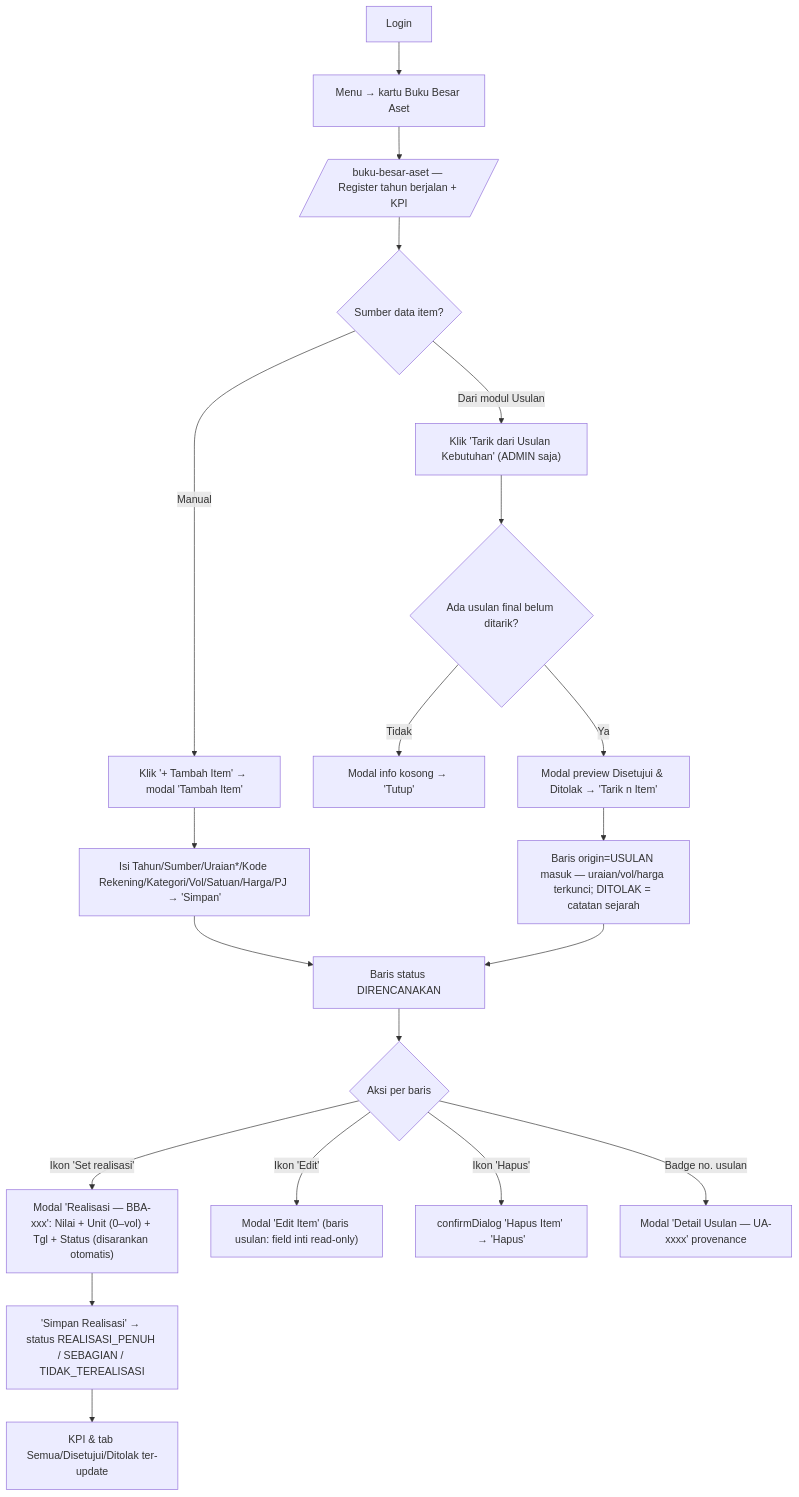
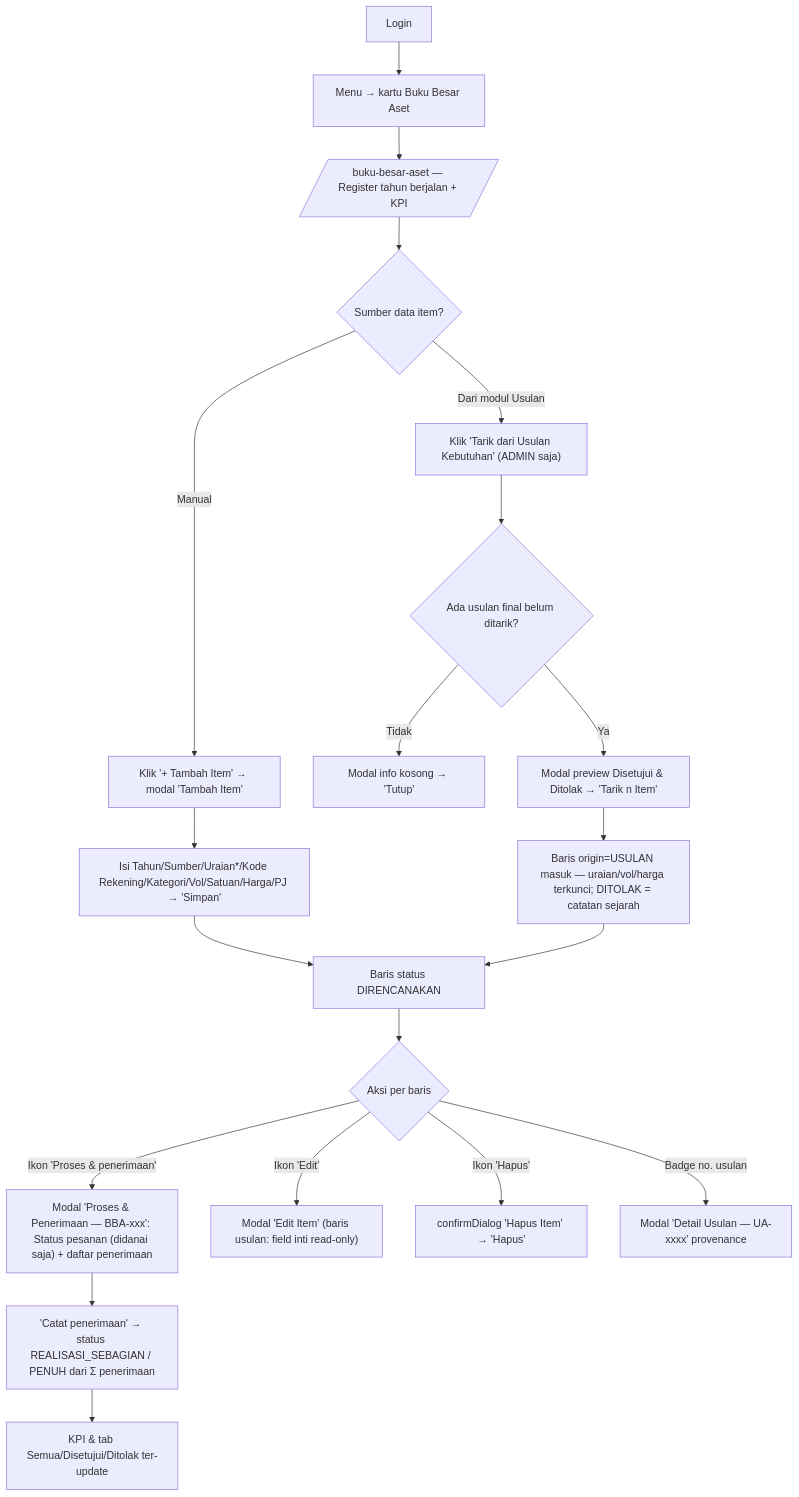
The diagram in docs/session/sentinel/workflows/WORKFLOW-buku-besar-aset.md (aminomonev-ux/prima-web-3), drawn with Mermaid before and after one commit. The commit also changed other lines of this file and 41 other files, not shown here.

````diff
--- a/docs/session/sentinel/workflows/WORKFLOW-buku-besar-aset.md
+++ b/docs/session/sentinel/workflows/WORKFLOW-buku-besar-aset.md
@@ -9,22 +9,22 @@
 ```mermaid
 flowchart TD
     A[Login] --> B[Menu → kartu Buku Besar Aset]
     B --> C[/buku-besar-aset — Register tahun berjalan + KPI/]
     C --> D{Sumber data item?}
     D -->|Manual| E["Klik '+ Tambah Item' → modal 'Tambah Item'"]
     D -->|Dari modul Usulan| F["Klik 'Tarik dari Usulan Kebutuhan' (ADMIN saja)"]
     E --> G["Isi Tahun/Sumber/Uraian*/Kode Rekening/Kategori/Vol/Satuan/Harga/PJ → 'Simpan'"]
     F --> H{Ada usulan final belum ditarik?}
     H -->|Tidak| I[Modal info kosong → 'Tutup']
     H -->|Ya| J["Modal preview Disetujui & Ditolak → 'Tarik n Item'"]
     J --> K[Baris origin=USULAN masuk — uraian/vol/harga terkunci; DITOLAK = catatan sejarah]
     G --> L[Baris status DIRENCANAKAN]
     K --> L
     L --> M{Aksi per baris}
-    M -->|Ikon 'Set realisasi'| N["Modal 'Realisasi — BBA-xxx': Nilai + Unit (0–vol) + Tgl + Status (disarankan otomatis)"]
-    N --> O["'Simpan Realisasi' → status REALISASI_PENUH / SEBAGIAN / TIDAK_TEREALISASI"]
+    M -->|Ikon 'Proses & penerimaan'| N["Modal 'Proses & Penerimaan — BBA-xxx': Status pesanan (didanai saja) + daftar penerimaan"]
+    N --> O["'Catat penerimaan' → status REALISASI_SEBAGIAN / PENUH dari Σ penerimaan"]
     M -->|Ikon 'Edit'| P["Modal 'Edit Item' (baris usulan: field inti read-only)"]
     M -->|Ikon 'Hapus'| Q["confirmDialog 'Hapus Item' → 'Hapus'"]
     M -->|Badge no. usulan| R[Modal 'Detail Usulan — UA-xxxx' provenance]
     O --> S[KPI & tab Semua/Disetujui/Ditolak ter-update]
 ```
````
